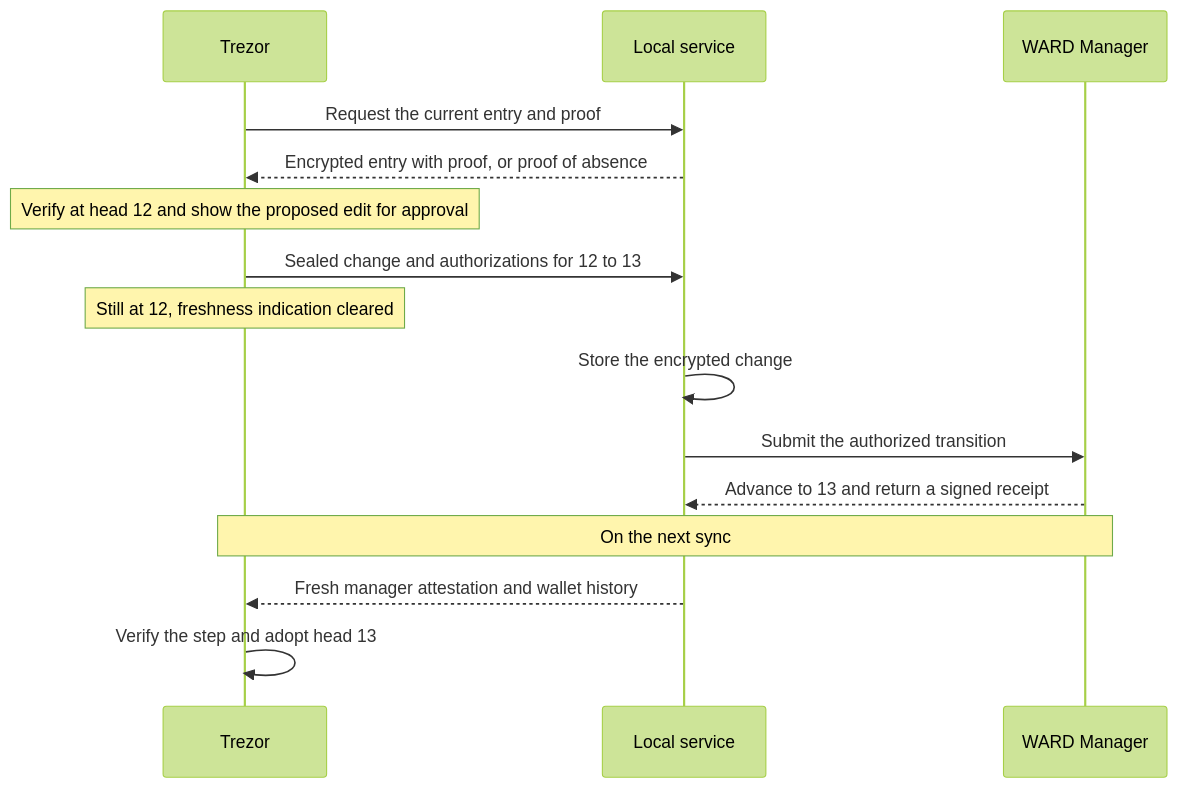
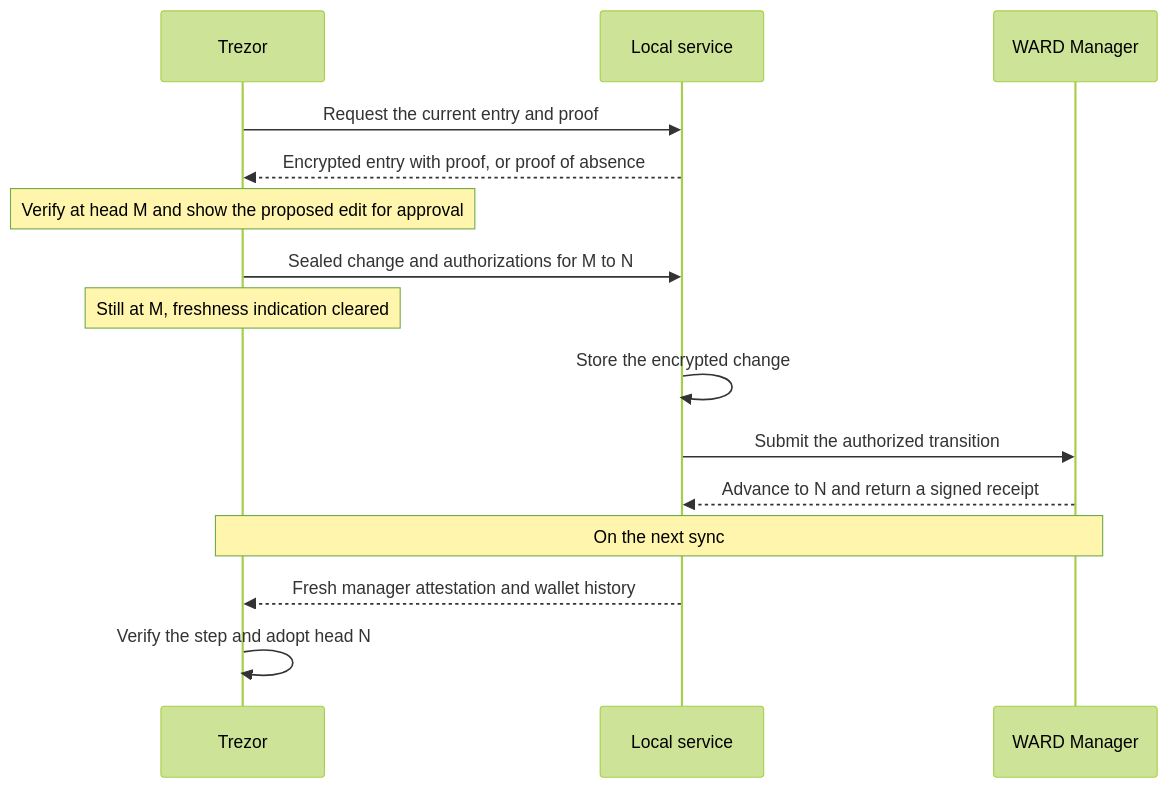
Before and after one commit to trezor/trezor-firmware: the diagram in docs/ward/ward_transitions.md, drawn with Mermaid (forest theme). The commit also changed other lines of this file and 2 other files, not shown here.

Commit message:
docs(ward): use M < N instead of concrete counters in examples
The write, catch-up and roll-forward examples and their diagrams now
name heads M and N (M < N, and K between them for partial recovery).
The manager's diagram participant id is W so it does not read as M.

````diff
--- a/docs/ward/ward_transitions.md
+++ b/docs/ward/ward_transitions.md
@@ -15,17 +16,17 @@
 ```mermaid
 sequenceDiagram
     participant T as Trezor
     participant H as Local service
-    participant M as WARD Manager
+    participant W as WARD Manager
     T->>H: Request the current entry and proof
     H-->>T: Encrypted entry with proof, or proof of absence
-    Note over T: Verify at head 12 and show the proposed edit for approval
-    T->>H: Sealed change and authorizations for 12 to 13
-    Note over T: Still at 12, freshness indication cleared
+    Note over T: Verify at head M and show the proposed edit for approval
+    T->>H: Sealed change and authorizations for M to N
+    Note over T: Still at M, freshness indication cleared
     H->>H: Store the encrypted change
-    H->>M: Submit the authorized transition
-    M-->>H: Advance to 13 and return a signed receipt
-    Note over T,M: On the next sync
+    H->>W: Submit the authorized transition
+    W-->>H: Advance to N and return a signed receipt
+    Note over T,W: On the next sync
     H-->>T: Fresh manager attestation and wallet history
-    T->>T: Verify the step and adopt head 13
+    T->>T: Verify the step and adopt head N
 ```
````
